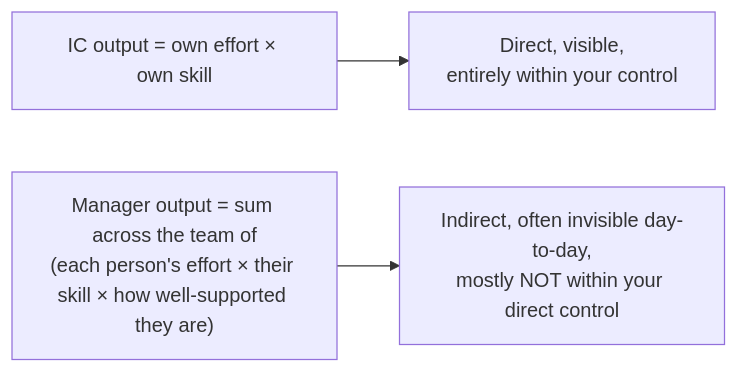
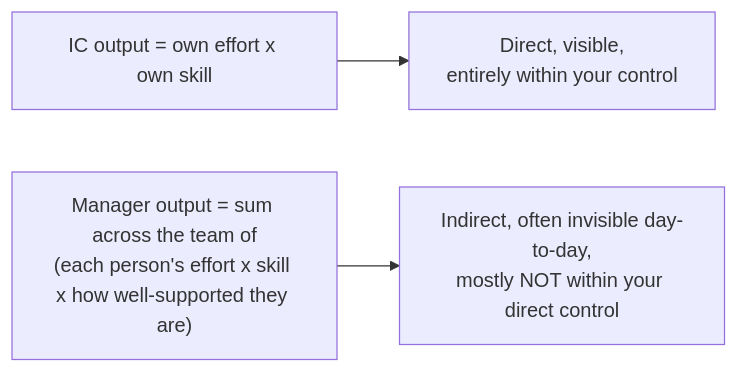
Before and after one commit to francoandreDev/knowledge: the diagram in src/content/people-management/ic-excellence-management/L2-concept.md, drawn with Mermaid. The commit also changed 3 other files, not shown here.

First line of the commit message:
Fix Mermaid flowchart/xychart diagrams collapsing on hidden tabs

````diff
--- a/src/content/people-management/ic-excellence-management/L2-concept.md
+++ b/src/content/people-management/ic-excellence-management/L2-concept.md
@@ -7,5 +7,5 @@
 ```mermaid
 flowchart LR
-    IC["IC output = own effort × own skill"] --> ICResult["Direct, visible,\nentirely within your control"]
-    Mgr["Manager output = sum across the team of\n(each person's effort × their skill × how well-supported they are)"] --> MgrResult["Indirect, often invisible day-to-day,\nmostly NOT within your direct control"]
+    IC["IC output = own effort x own skill"] --> ICResult["Direct, visible,\nentirely within your control"]
+    Mgr["Manager output = sum across the team of\n(each person's effort x skill x how well-supported they are)"] --> MgrResult["Indirect, often invisible day-to-day,\nmostly NOT within your direct control"]
 ```
````
